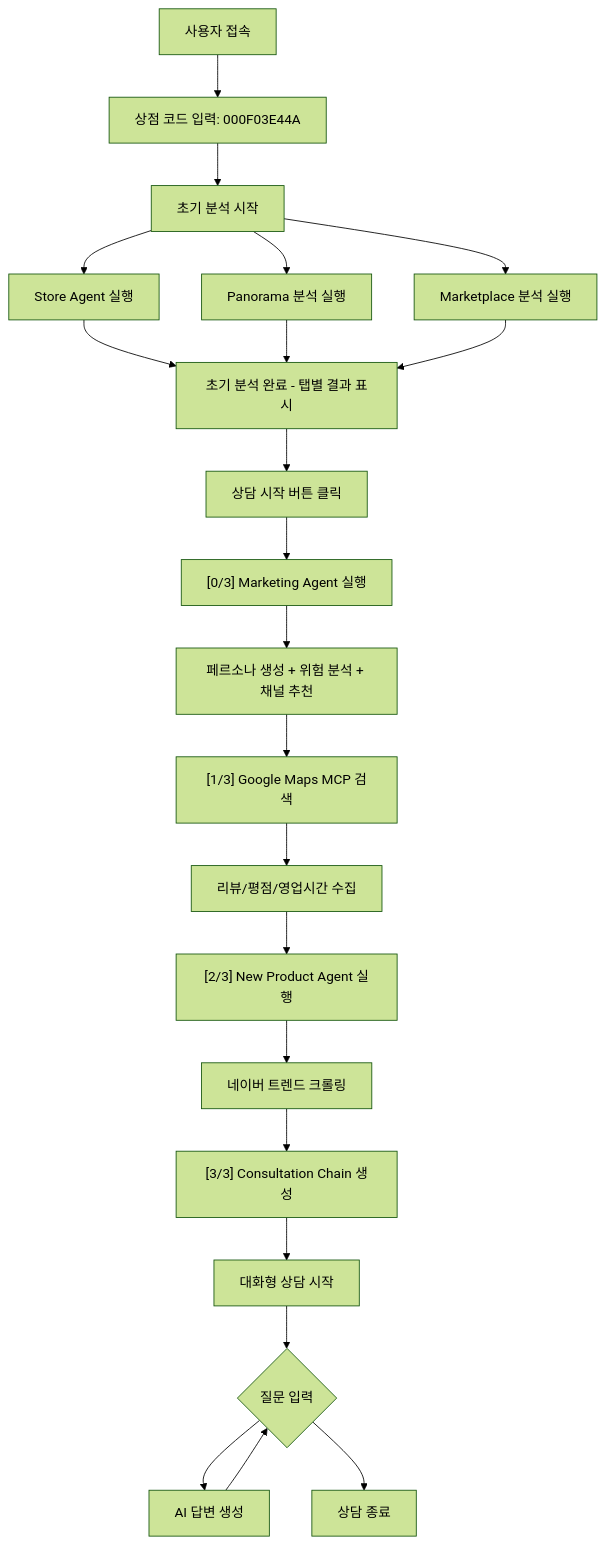
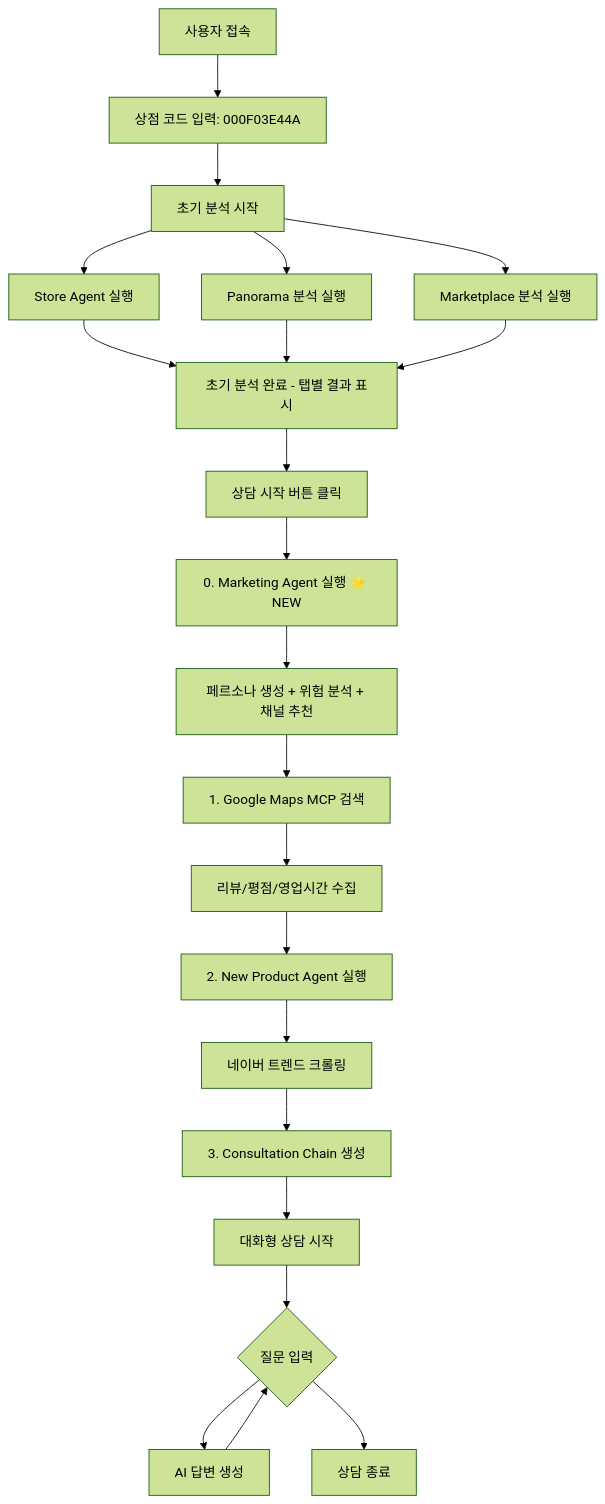
The diagram in README.md (urbanking/DA4U_bigcontest), drawn with Mermaid (forest theme) before and after one commit. The commit also changed other lines of this file and 66 other files, not shown here.

````diff
--- a/README.md
+++ b/README.md
@@ -492,31 +174,31 @@
 ```mermaid
 graph TD
-    A[사용자 접속] --> B["상점 코드 입력: 000F03E44A"]
+    A[사용자 접속] --> B[상점 코드 입력: 000F03E44A]
     B --> C[초기 분석 시작]
     C --> D[Store Agent 실행]
     C --> G[Panorama 분석 실행]
     C --> H[Marketplace 분석 실행]
     
-    D --> I["초기 분석 완료 - 탭별 결과 표시"]
+    D --> I[초기 분석 완료 - 탭별 결과 표시]
     G --> I
     H --> I
     
     I --> J[상담 시작 버튼 클릭]
-    J --> K["[0/3] Marketing Agent 실행"]
-    K --> L["페르소나 생성 + 위험 분석 + 채널 추천"]
+    J --> K[0. Marketing Agent 실행 ⭐ NEW]
+    K --> L[페르소나 생성 + 위험 분석 + 채널 추천]
     
-    L --> M["[1/3] Google Maps MCP 검색"]
-    M --> N["리뷰/평점/영업시간 수집"]
+    L --> M[1. Google Maps MCP 검색]
+    M --> N[리뷰/평점/영업시간 수집]
     
-    N --> O["[2/3] New Product Agent 실행"]
+    N --> O[2. New Product Agent 실행]
     O --> P[네이버 트렌드 크롤링]
     
-    P --> Q["[3/3] Consultation Chain 생성"]
+    P --> Q[3. Consultation Chain 생성]
     
     Q --> R[대화형 상담 시작]
     R --> S{질문 입력}
     S --> T[AI 답변 생성]
     T --> S
     
     S --> U[상담 종료]
 ```
````
